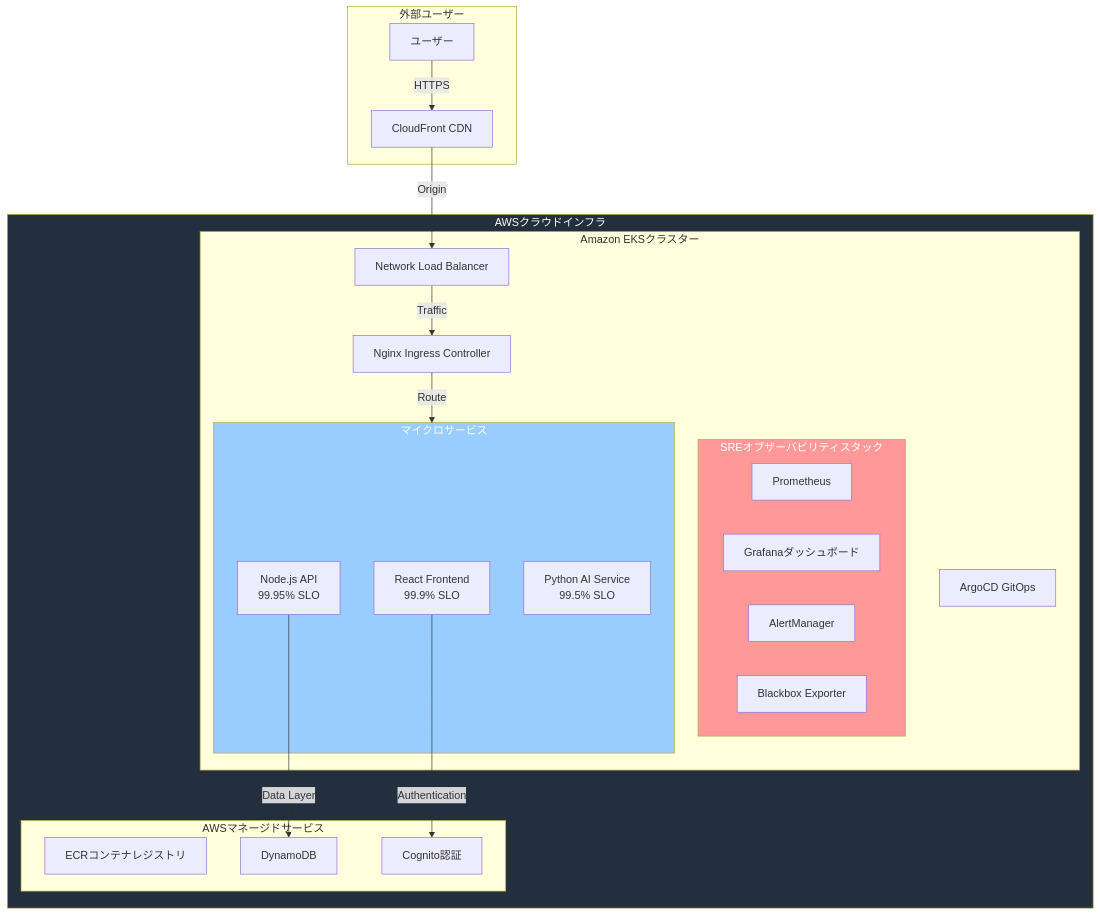
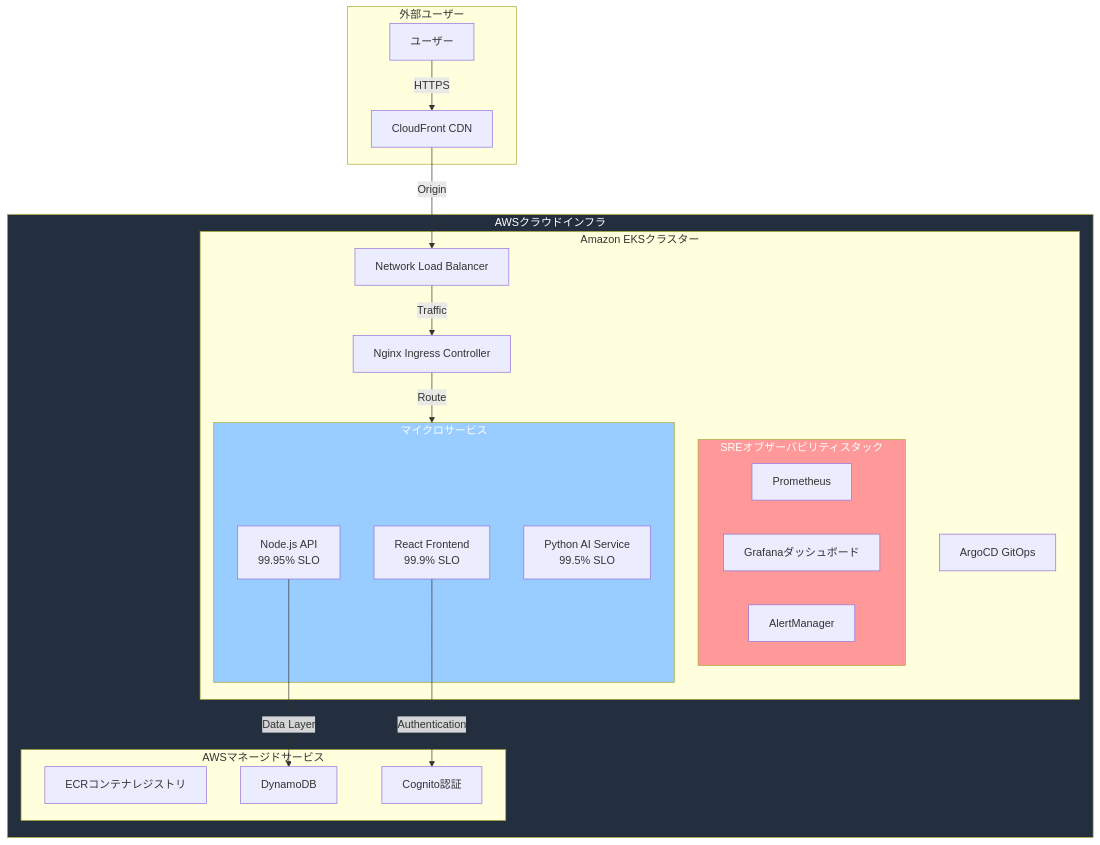
The diagram in README_JP.md (tsuki-yo/todo-table), drawn with Mermaid before and after one commit. The commit also changed other lines of this file and 3 other files, not shown here.

````diff
--- a/README_JP.md
+++ b/README_JP.md
@@ -22,43 +9,42 @@
 ```mermaid
 graph TD
     subgraph External["外部ユーザー"]
         Users["ユーザー"] -->|HTTPS| CloudFront["CloudFront CDN"]
     end
     
     subgraph AWS["AWSクラウドインフラ"]
         CloudFront -->|Origin| NLB["Network Load Balancer"]
         
         subgraph EKS["Amazon EKSクラスター"]
             NLB -->|Traffic| Ingress["Nginx Ingress Controller"]
             
             subgraph Monitoring["SREオブザーバビリティスタック"]
                 Prometheus["Prometheus"] 
                 Grafana["Grafanaダッシュボード"]
                 AlertManager["AlertManager"]
-                Blackbox["Blackbox Exporter"]
             end
             
             subgraph Applications["マイクロサービス"]
                 Frontend["React Frontend<br/>99.9% SLO"]
                 Backend["Node.js API<br/>99.95% SLO"] 
                 AI["Python AI Service<br/>99.5% SLO"]
             end
             
             ArgoCD["ArgoCD GitOps"]
         end
         
         subgraph Services["AWSマネージドサービス"]
             ECR["ECRコンテナレジストリ"]
             DynamoDB["DynamoDB"]
             Cognito["Cognito認証"]
         end
     end
     
     Backend -->|Data Layer| DynamoDB
     Frontend -->|Authentication| Cognito
     Ingress -->|Route| Applications
     
     style Monitoring fill:#ff9999,color:white
     style Applications fill:#99ccff,color:white
     style AWS fill:#232F3E,color:white
 ```
````
